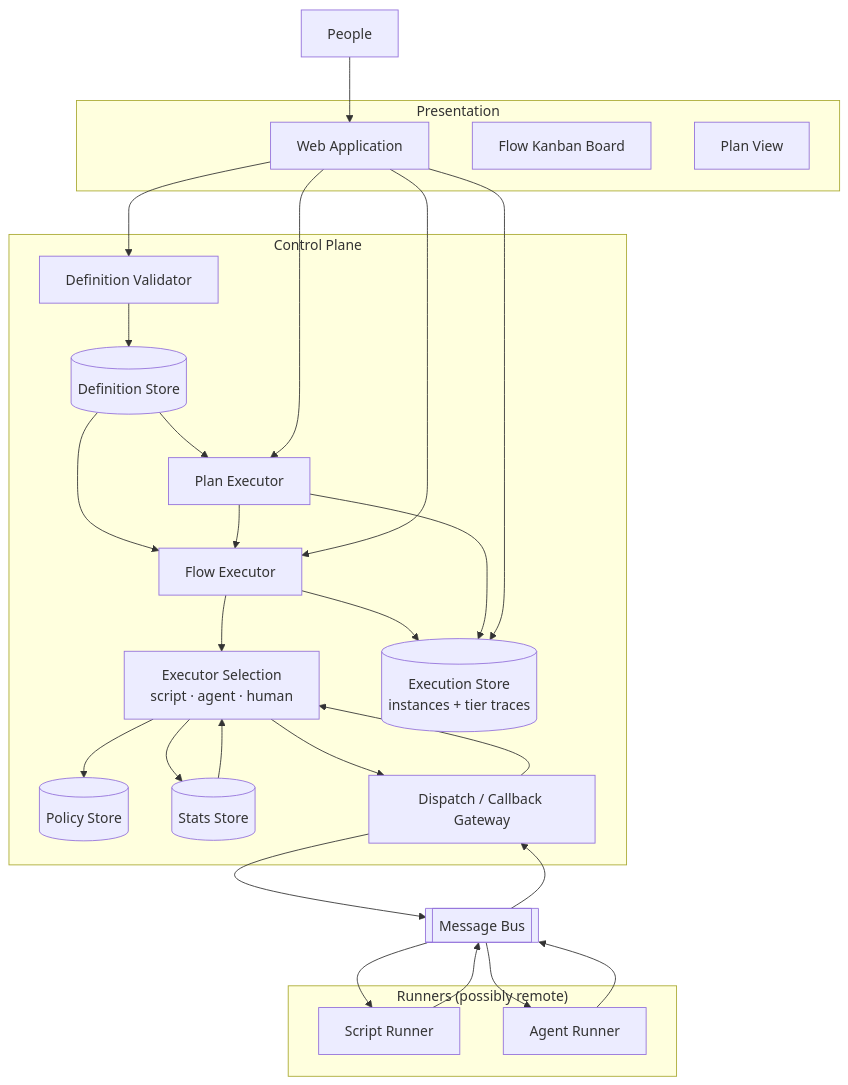
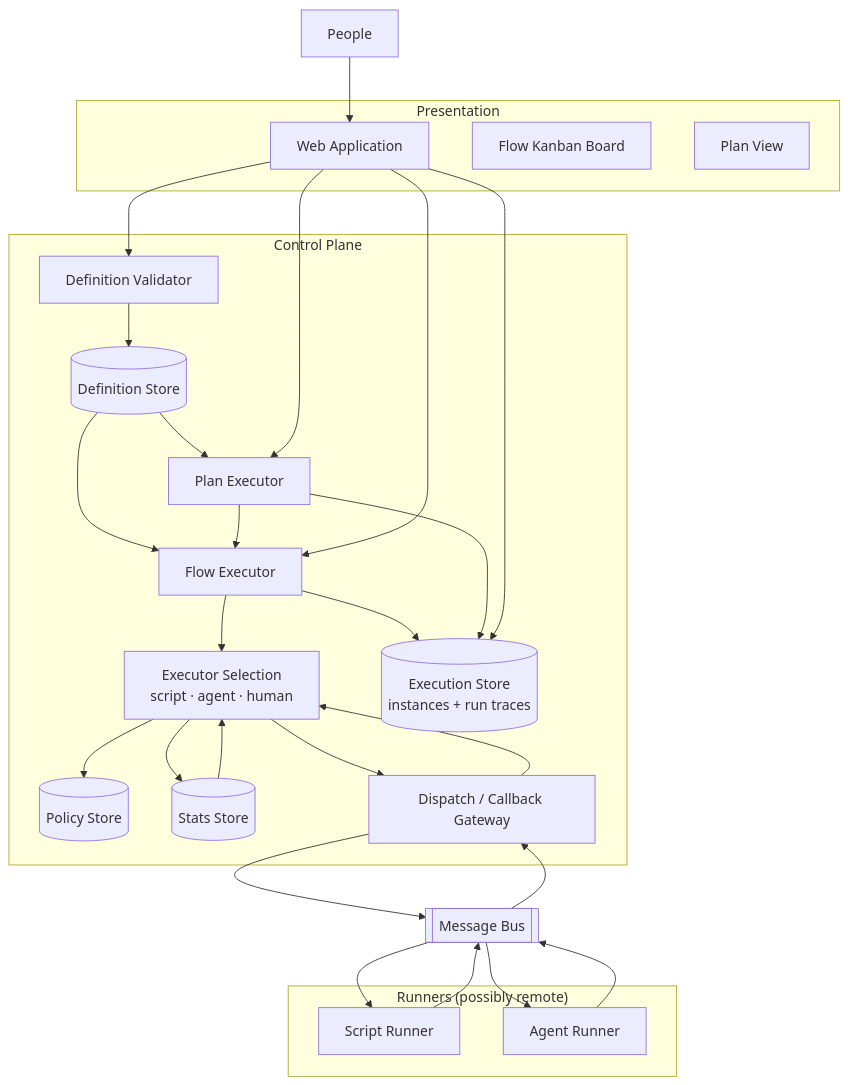
Before and after one commit to kenny1125nz/flow-platform: the diagram in architecture.md, drawn with Mermaid. The commit also changed other lines of this file and 19 other files, not shown here.

````diff
--- a/architecture.md
+++ b/architecture.md
@@ -20,53 +21,53 @@
 ```mermaid
 flowchart TB
   subgraph Presentation
     Web[Web Application]
     Kanban[Flow Kanban Board]
     PlanView[Plan View]
   end
 
   subgraph Control["Control Plane"]
     DefStore[(Definition Store)]
     Validator[Definition Validator]
     PolicyStore[(Policy Store)]
     StatsStore[(Stats Store)]
     PlanExec[Plan Executor]
     FlowExec[Flow Executor]
     ExecSelector[Executor Selection<br/>script · agent · human]
-    ExecStore[(Execution Store<br/>instances + tier traces)]
+    ExecStore[(Execution Store<br/>instances + run traces)]
     Gateway[Dispatch / Callback Gateway]
   end
 
   Bus[[Message Bus]]
 
   subgraph Runners["Runners (possibly remote)"]
     ScriptRunner[Script Runner]
     AgentRunner[Agent Runner]
   end
 
   People[People]
 
   Web --> Validator
   Validator --> DefStore
   DefStore --> PlanExec
   DefStore --> FlowExec
   PlanExec --> FlowExec
   FlowExec --> ExecSelector
   ExecSelector --> PolicyStore
   ExecSelector --> StatsStore
   StatsStore --> ExecSelector
   FlowExec --> ExecStore
   PlanExec --> ExecStore
   ExecSelector --> Gateway
   Gateway --> Bus
   Bus --> ScriptRunner
   Bus --> AgentRunner
   ScriptRunner --> Bus
   AgentRunner --> Bus
   Bus --> Gateway
   Gateway --> ExecSelector
   People --> Web
   Web --> ExecStore
   Web --> FlowExec
   Web --> PlanExec
 ```
````
